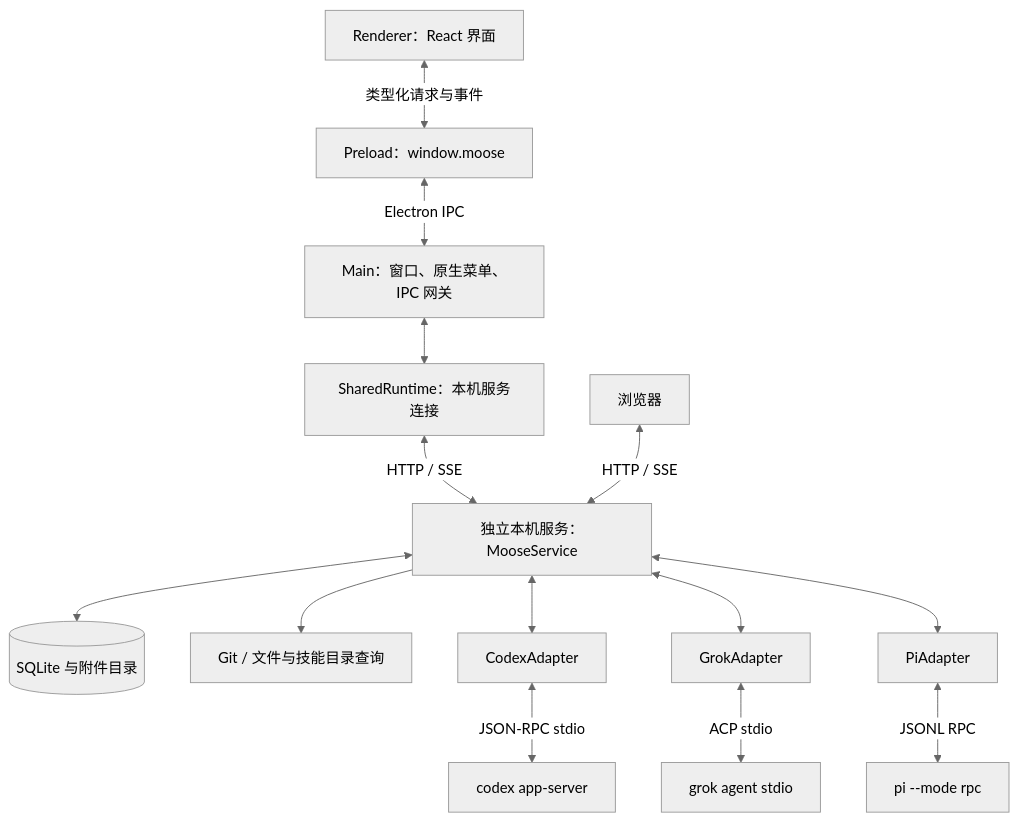
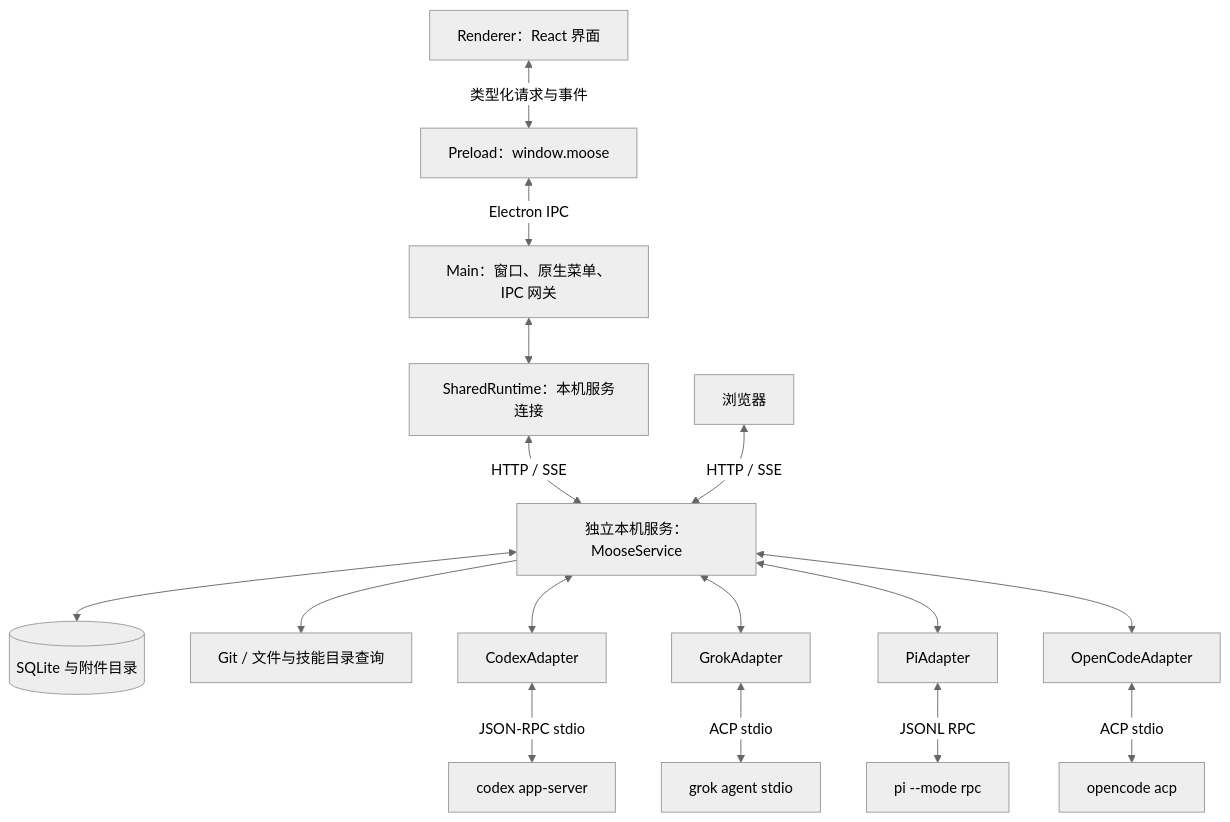
Before and after one commit to shqingda/moose: the first of 3 diagrams in docs/architecture.md, drawn with Mermaid (neutral theme). The commit also changed other lines of this file and 34 other files, not shown here.

````diff
--- a/docs/architecture.md
+++ b/docs/architecture.md
@@ -15,29 +15,33 @@
 ```mermaid
 flowchart TB
   UI[Renderer：React 界面]
   Bridge[Preload：window.moose]
   Main[Main：窗口、原生菜单、IPC 网关]
   Host[SharedRuntime：本机服务连接]
   Service[独立本机服务：MooseService]
   DB[(SQLite 与附件目录)]
   Git[Git / 文件与技能目录查询]
   Codex[CodexAdapter]
   Grok[GrokAdapter]
   Pi[PiAdapter]
+  OpenCode[OpenCodeAdapter]
+  OCLI[opencode acp]
   PCLI[pi --mode rpc]
   CCLI[codex app-server]
   GCLI[grok agent stdio]
   UI <-->|类型化请求与事件| Bridge
   Bridge <-->|Electron IPC| Main
   Main <--> Host
   Host <-->|HTTP / SSE| Service
   Web[浏览器] <-->|HTTP / SSE| Service
   Service <--> DB
   Service --> Git
   Service <--> Codex
   Service <--> Grok
   Service <--> Pi
+  Service <--> OpenCode
+  OpenCode <-->|ACP stdio| OCLI
   Pi <-->|JSONL RPC| PCLI
   Codex <-->|JSON-RPC stdio| CCLI
   Grok <-->|ACP stdio| GCLI
 ```
````
